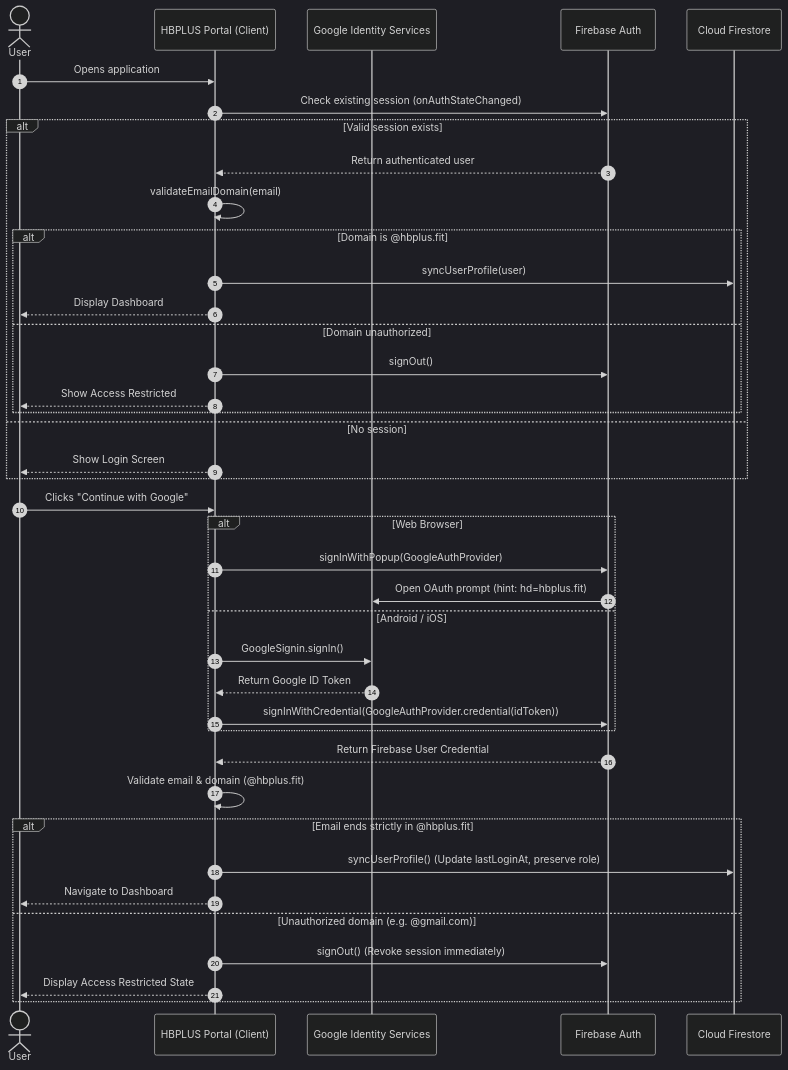
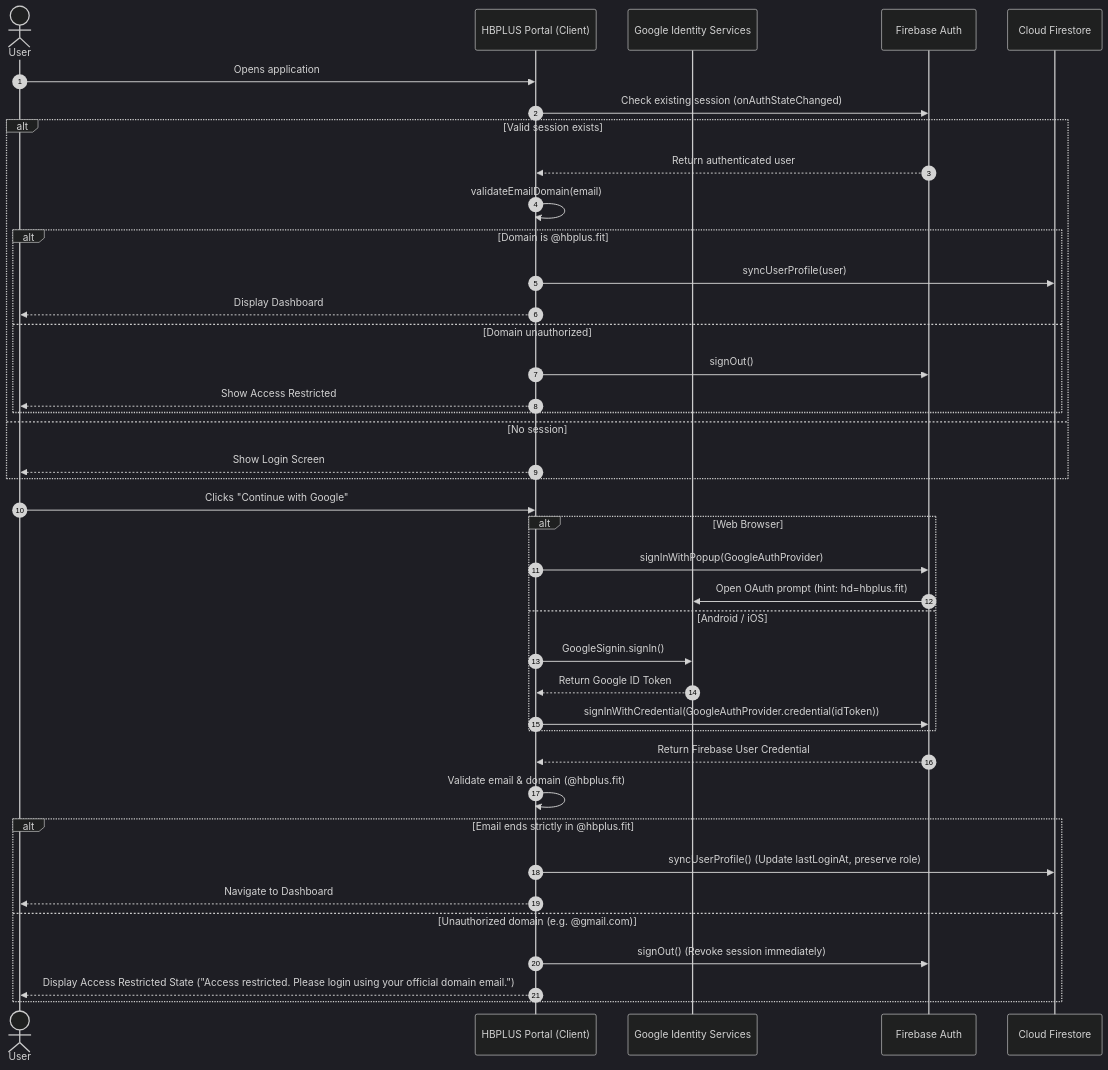
One commit to 2002apoorv/hbplus-portal changed the diagram in README.md. Above: the diagram before and after it, drawn with Mermaid (dark theme). The commit also changed other lines of this file, not shown here.

````diff
--- a/README.md
+++ b/README.md
@@ -111,45 +117,45 @@
 ```mermaid
 sequenceDiagram
     autonumber
     actor User
     participant App as HBPLUS Portal (Client)
     participant Google as Google Identity Services
     participant Firebase as Firebase Auth
     participant Firestore as Cloud Firestore
 
     User->>App: Opens application
     App->>Firebase: Check existing session (onAuthStateChanged)
     alt Valid session exists
         Firebase-->>App: Return authenticated user
         App->>App: validateEmailDomain(email)
         alt Domain is @hbplus.fit
             App->>Firestore: syncUserProfile(user)
             App-->>User: Display Dashboard
         else Domain unauthorized
             App->>Firebase: signOut()
             App-->>User: Show Access Restricted
         end
     else No session
         App-->>User: Show Login Screen
     end
 
     User->>App: Clicks "Continue with Google"
     alt Web Browser
         App->>Firebase: signInWithPopup(GoogleAuthProvider)
         Firebase->>Google: Open OAuth prompt (hint: hd=hbplus.fit)
     else Android / iOS
         App->>Google: GoogleSignin.signIn()
         Google-->>App: Return Google ID Token
         App->>Firebase: signInWithCredential(GoogleAuthProvider.credential(idToken))
     end
     Firebase-->>App: Return Firebase User Credential
 
     App->>App: Validate email & domain (@hbplus.fit)
     alt Email ends strictly in @hbplus.fit
         App->>Firestore: syncUserProfile() (Update lastLoginAt, preserve role)
         App-->>User: Navigate to Dashboard
     else Unauthorized domain (e.g. @gmail.com)
         App->>Firebase: signOut() (Revoke session immediately)
-        App-->>User: Display Access Restricted State
+        App-->>User: Display Access Restricted State ("Access restricted. Please login using your official domain email.")
     end
 ```
````
